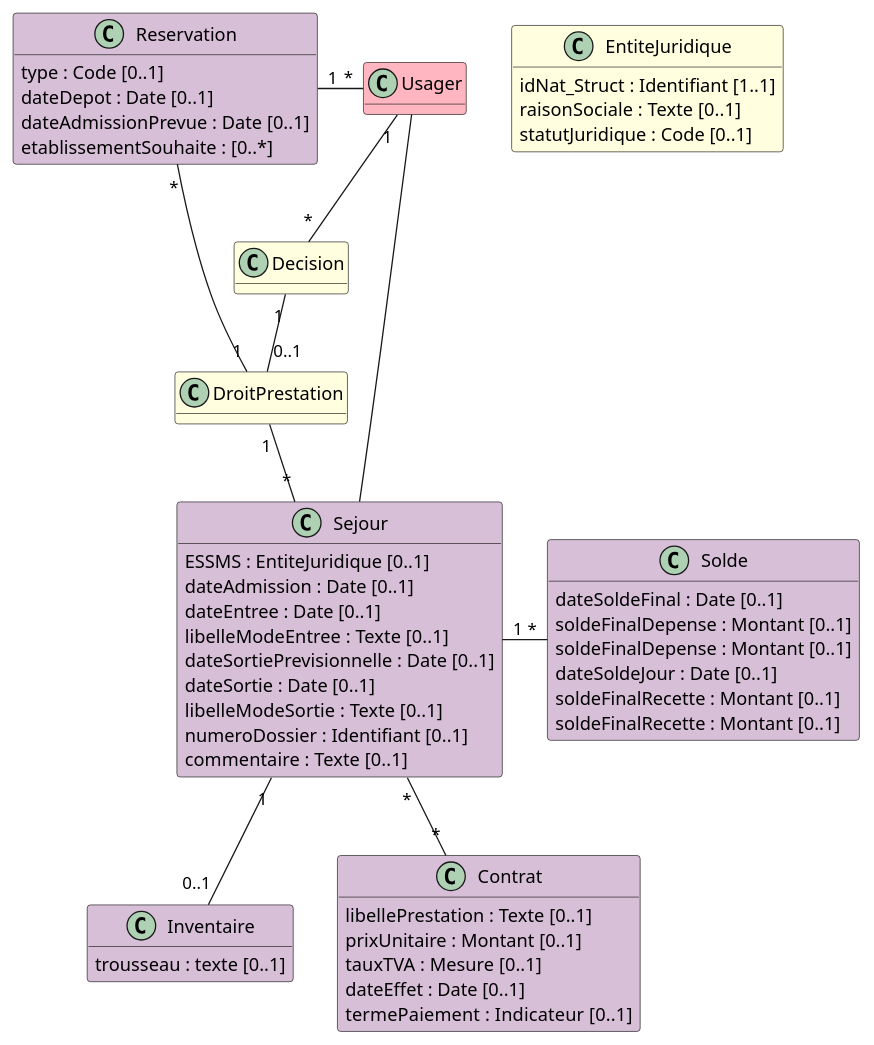
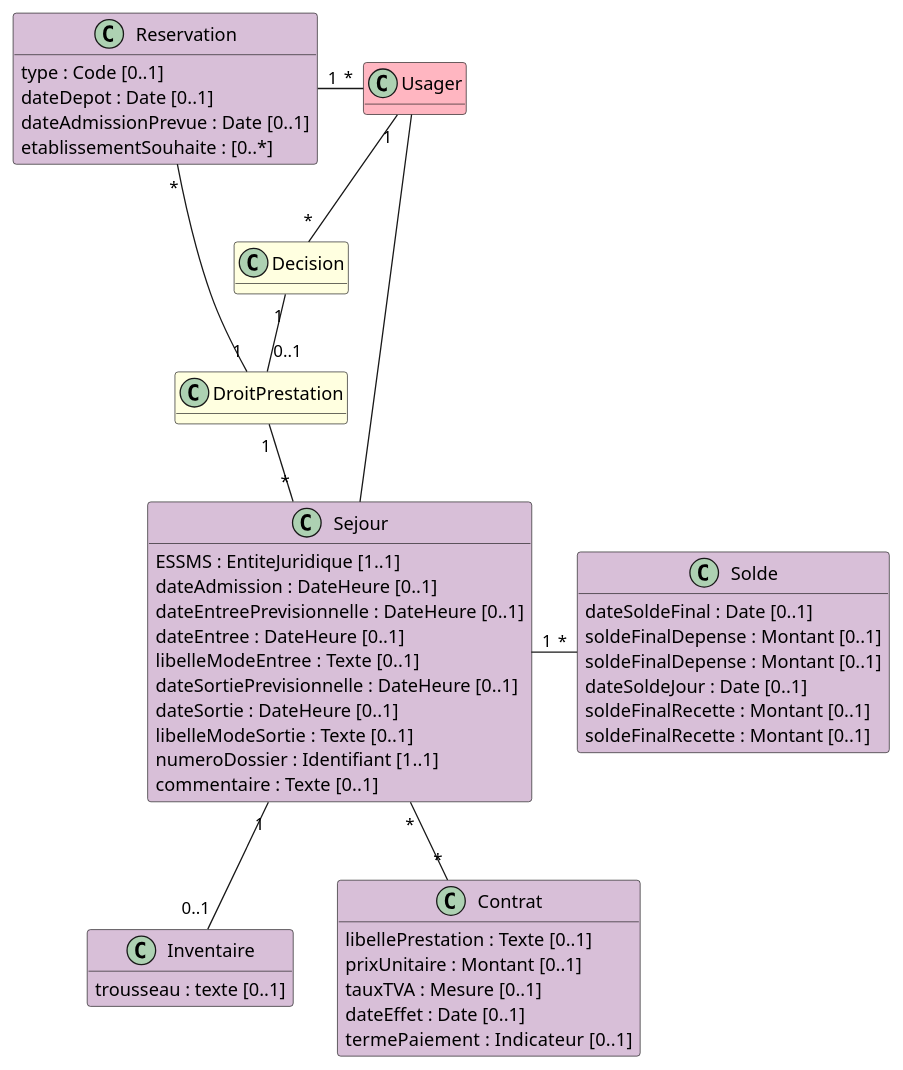
Before and after one commit to ansforge/IG-fhir-transfert-donnees-dui-esms: the diagram in input/images-source/bloc_sejours.plantuml, drawn with PlantUML. The commit also changed 2 other files, not shown here.

```diff
--- a/input/images-source/bloc_sejours.plantuml
+++ b/input/images-source/bloc_sejours.plantuml
@@ -1,67 +1,62 @@
 @startuml
 
 hide empty methods
 
 class Usager #LightPink
 
 class Decision #LightYellow
 
 class DroitPrestation #LightYellow
 
 class Reservation #Thistle {
     type : Code [0..1]
     dateDepot : Date [0..1]
     dateAdmissionPrevue : Date [0..1]
     etablissementSouhaite : [0..*]
 }
 
 class Sejour #Thistle {
-    ESSMS : EntiteJuridique [0..1]
-    dateAdmission : Date [0..1]
-    dateEntree : Date [0..1]
+    ESSMS : EntiteJuridique [1..1]
+    dateAdmission : DateHeure [0..1]
+    dateEntreePrevisionnelle : DateHeure [0..1]
+    dateEntree : DateHeure [0..1]
     libelleModeEntree : Texte [0..1]
-    dateSortiePrevisionnelle : Date [0..1]
-    dateSortie : Date [0..1]
+    dateSortiePrevisionnelle : DateHeure [0..1]
+    dateSortie : DateHeure [0..1]
     libelleModeSortie : Texte [0..1]
-    numeroDossier : Identifiant [0..1]
+    numeroDossier : Identifiant [1..1]
     commentaire : Texte [0..1] 
-}
-
-class EntiteJuridique #LightYellow {
-    idNat_Struct : Identifiant [1..1]
-    raisonSociale : Texte [0..1]
-    statutJuridique : Code [0..1]
 }
 
 class Inventaire #Thistle { 
     trousseau : texte [0..1]
 }
 
 class Solde #Thistle {
     dateSoldeFinal : Date [0..1]
     soldeFinalDepense : Montant [0..1]
     soldeFinalDepense : Montant [0..1]
     dateSoldeJour : Date [0..1]
     soldeFinalRecette : Montant [0..1]
     soldeFinalRecette : Montant [0..1]
 }
 
 class Contrat #Thistle {
     libellePrestation : Texte [0..1]
     prixUnitaire : Montant [0..1]
     tauxTVA : Mesure [0..1]
     dateEffet : Date [0..1]
     termePaiement : Indicateur  [0..1]
 }
 
 Usager "1" -- "*" Decision
 Decision "1" -- "0..1" DroitPrestation
 Reservation "*" - "1" DroitPrestation
 Reservation "1" - "*" Usager
 DroitPrestation "1" -- "*" Sejour
 Sejour "1" -- "0..1" Inventaire
 Sejour "1" - "*" Solde
 Sejour "*" -- "*" Contrat
 Usager - Sejour
 
 @enduml
```
